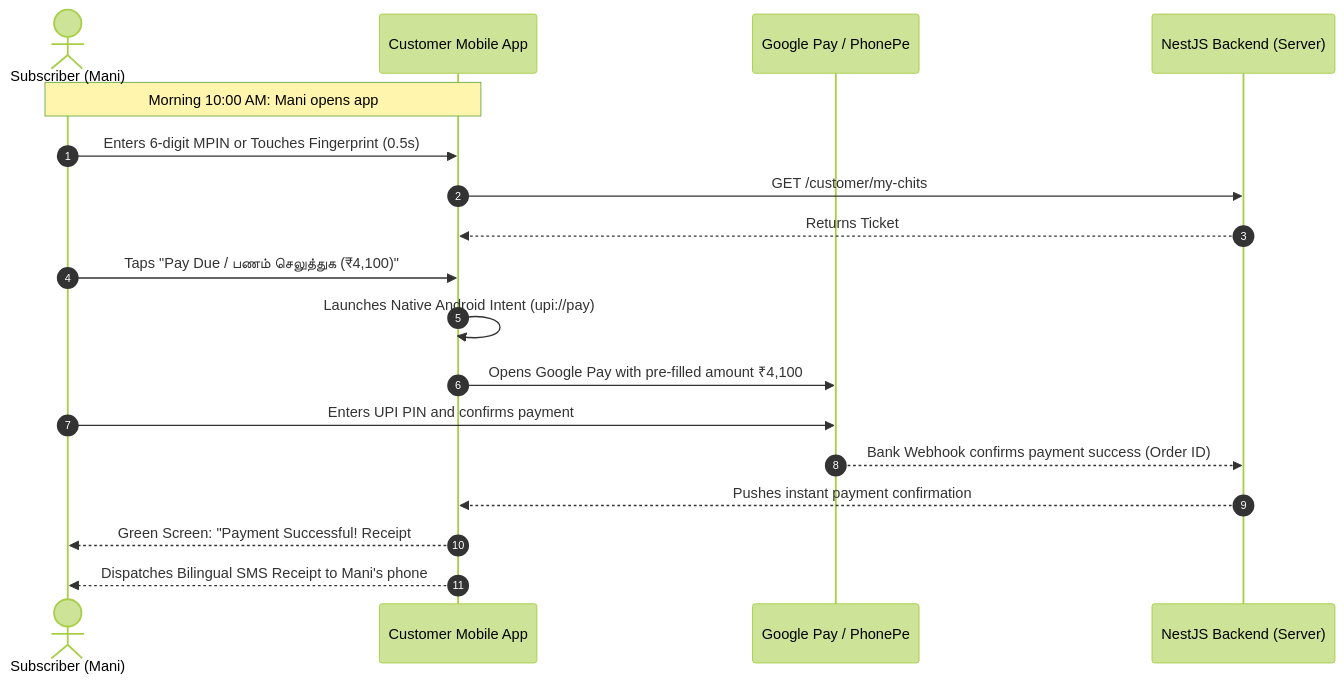
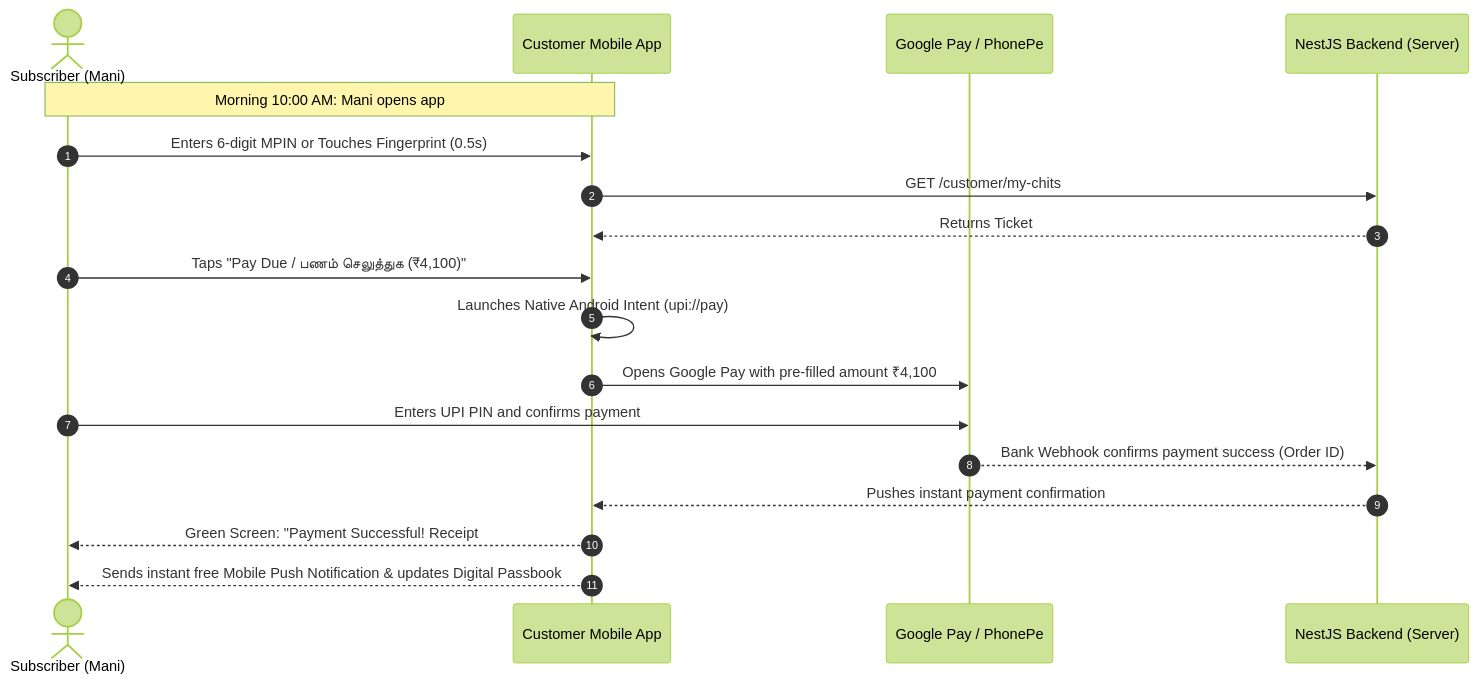
The second of 3 diagrams in docs/02-requirements/educational-guides/persona-4-customer.md (Kathir-24/Kumaran-finance), drawn with Mermaid (forest theme) before and after one commit. The commit also changed other lines of this file and 6 other files, not shown here.

Commit message:
docs(notifications): update notification architecture; prioritize in-app mobile push notifications and reserve SMS for OTP and non-smartphone fallback

````diff
--- a/docs/02-requirements/educational-guides/persona-4-customer.md
+++ b/docs/02-requirements/educational-guides/persona-4-customer.md
@@ -116,21 +116,21 @@
 ```mermaid
 sequenceDiagram
     autonumber
     actor C as Subscriber (Mani)
     participant APP as Customer Mobile App
     participant UPI as Google Pay / PhonePe
     participant API as NestJS Backend (Server)
 
     Note over C,APP: Morning 10:00 AM: Mani opens app
     C->>APP: Enters 6-digit MPIN or Touches Fingerprint (0.5s)
     APP->>API: GET /customer/my-chits
     API-->>APP: Returns Ticket #9 (KCA-1L-20M-01) | Net Due: ₹4,100
     C->>APP: Taps "Pay Due / பணம் செலுத்துக (₹4,100)"
     APP->>APP: Launches Native Android Intent (upi://pay)
     APP->>UPI: Opens Google Pay with pre-filled amount ₹4,100
     C->>UPI: Enters UPI PIN and confirms payment
     UPI-->>API: Bank Webhook confirms payment success (Order ID)
     API-->>APP: Pushes instant payment confirmation
     APP-->>C: Green Screen: "Payment Successful! Receipt #KC-REC-00412"
-    APP-->>C: Dispatches Bilingual SMS Receipt to Mani's phone
+    APP-->>C: Sends instant free Mobile Push Notification & updates Digital Passbook
 ```
````
